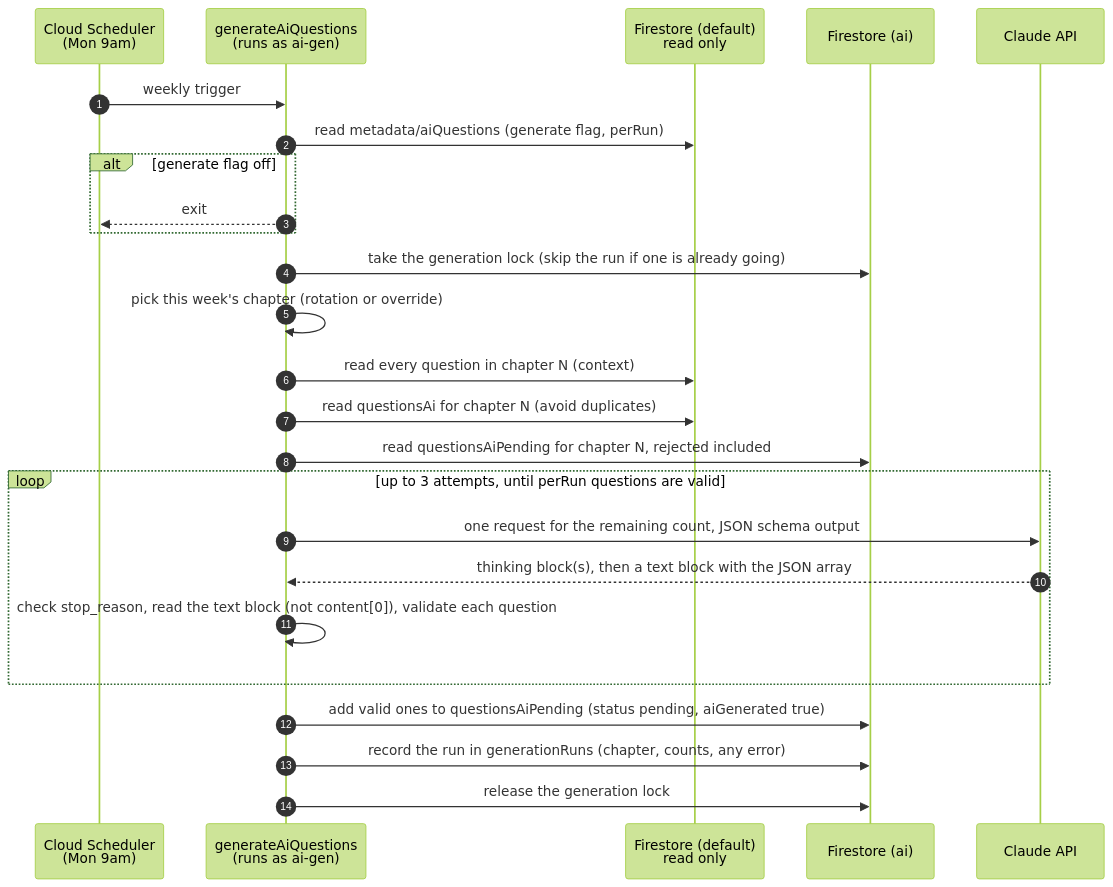
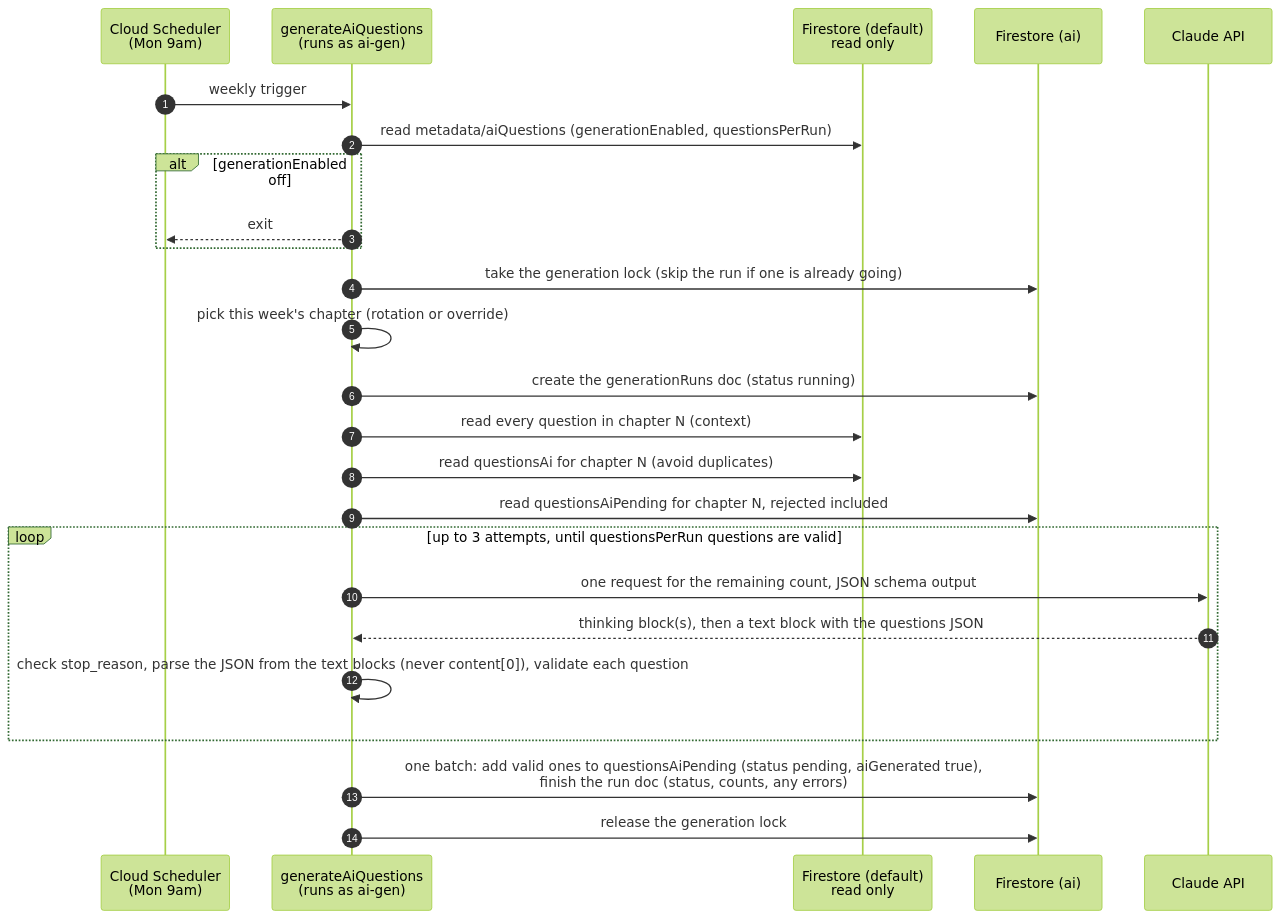
One commit to alexmcdermid/real-estate-quest-ai-gen changed the third of 3 diagrams in docs/ai-question-flow.md. Above: the diagram before and after it, drawn with Mermaid (forest theme). The commit also changed other lines of this file, not shown here.

Commit message:
docs: match the AI question flow doc to the implementation

````diff
--- a/docs/ai-question-flow.md
+++ b/docs/ai-question-flow.md
@@ -109,28 +109,28 @@
 ```mermaid
 sequenceDiagram
   autonumber
   participant S as Cloud Scheduler<br/>(Mon 9am)
   participant G as generateAiQuestions<br/>(runs as ai-gen)
   participant D as Firestore (default)<br/>read only
   participant A as Firestore (ai)
   participant C as Claude API
 
   S->>G: weekly trigger
-  G->>D: read metadata/aiQuestions (generate flag, perRun)
-  alt generate flag off
+  G->>D: read metadata/aiQuestions (generationEnabled, questionsPerRun)
+  alt generationEnabled off
     G-->>S: exit
   end
   G->>A: take the generation lock (skip the run if one is already going)
   G->>G: pick this week's chapter (rotation or override)
+  G->>A: create the generationRuns doc (status running)
   G->>D: read every question in chapter N (context)
   G->>D: read questionsAi for chapter N (avoid duplicates)
   G->>A: read questionsAiPending for chapter N, rejected included
-  loop up to 3 attempts, until perRun questions are valid
+  loop up to 3 attempts, until questionsPerRun questions are valid
     G->>C: one request for the remaining count, JSON schema output
-    C-->>G: thinking block(s), then a text block with the JSON array
-    G->>G: check stop_reason, read the text block (not content[0]), validate each question
+    C-->>G: thinking block(s), then a text block with the questions JSON
+    G->>G: check stop_reason, parse the JSON from the text blocks (never content[0]), validate each question
   end
-  G->>A: add valid ones to questionsAiPending (status pending, aiGenerated true)
-  G->>A: record the run in generationRuns (chapter, counts, any error)
+  G->>A: one batch: add valid ones to questionsAiPending (status pending, aiGenerated true),<br/>finish the run doc (status, counts, any errors)
   G->>A: release the generation lock
 ```
````
